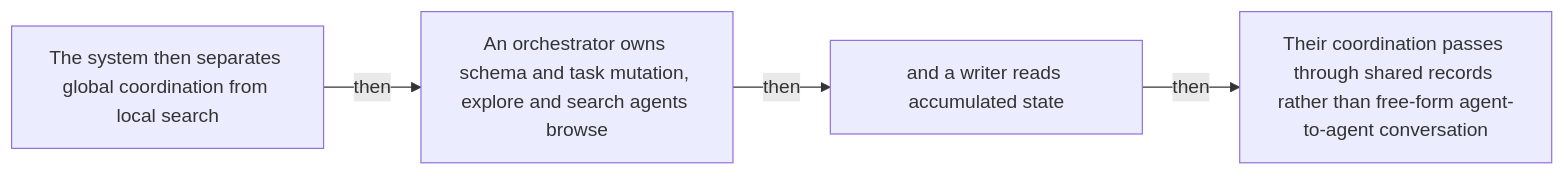
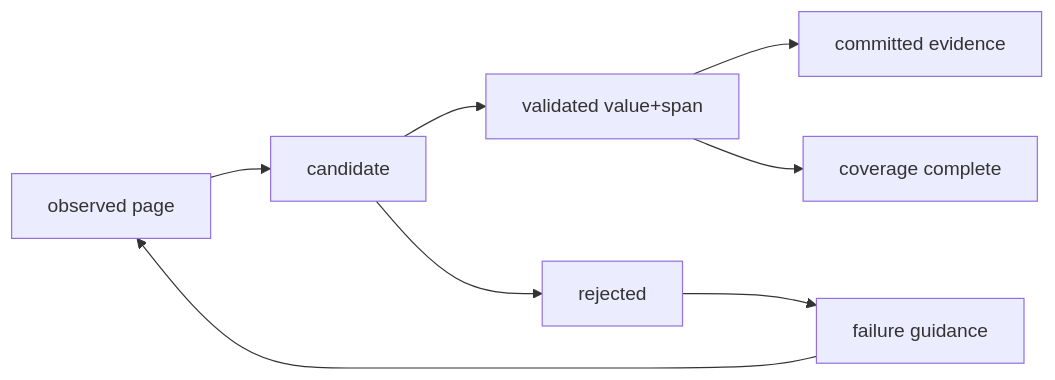
One commit to Betancourt1/paper_atlas changed the sixth of 9 diagrams in docs/visual-manifests/VISUAL_MANIFEST_SEARCHOS_V1.md. Above: the diagram before and after it, drawn with Mermaid. The commit also changed other lines of this file and 52 other files, not shown here.

````diff
--- a/docs/visual-manifests/VISUAL_MANIFEST_SEARCHOS_V1.md
+++ b/docs/visual-manifests/VISUAL_MANIFEST_SEARCHOS_V1.md
@@ -910,10 +608,17 @@
 ```mermaid
 flowchart LR
-  n1["The system then separates global coordination from local search"]
-  n2["An orchestrator owns schema and task mutation, explore and search agents browse"]
-  n3["and a writer reads accumulated state"]
-  n4["Their coordination passes through shared records rather than free-form agent-to-agent conversation"]
-  n1 -->|"then"| n2
-  n2 -->|"then"| n3
-  n3 -->|"then"| n4
+  n0["observed page"]
+  n1["candidate"]
+  n2["validated value+span"]
+  n3["rejected"]
+  n4["failure guidance"]
+  n5["committed evidence"]
+  n6["coverage complete"]
+  n0 --> n1
+  n1 --> n2
+  n1 --> n3
+  n3 --> n4
+  n4 --> n0
+  n2 --> n5
+  n2 --> n6
 ```
````
